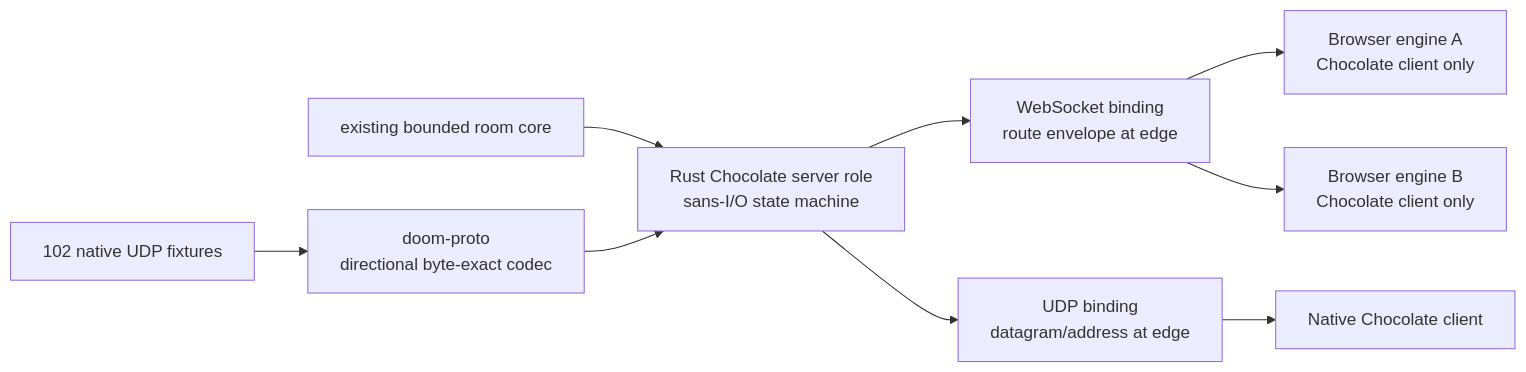
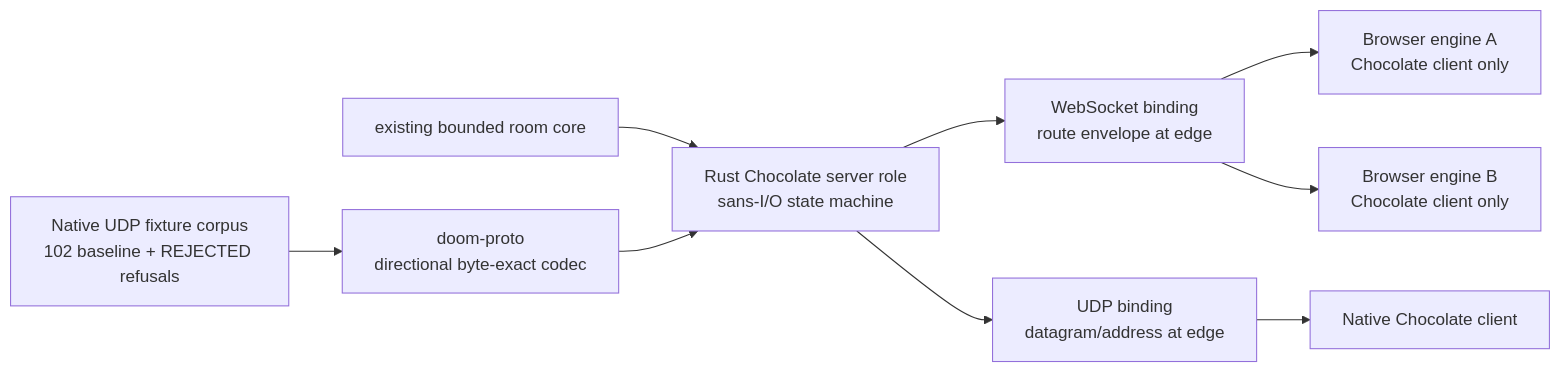
One commit to fiorix/chan-ext-doom changed the diagram in roadmap/m2-rust-server-role.md. Above: the diagram before and after it, drawn with Mermaid. The commit also changed other lines of this file, not shown here.

Commit message:
docs(roadmap): require observed rejection evidence

````diff
--- a/roadmap/m2-rust-server-role.md
+++ b/roadmap/m2-rust-server-role.md
@@ -11,11 +11,11 @@
 ```mermaid
 flowchart LR
-    fixtures["102 native UDP fixtures"] --> codec["doom-proto<br/>directional byte-exact codec"]
+    fixtures["Native UDP fixture corpus<br/>102 baseline + REJECTED refusals"] --> codec["doom-proto<br/>directional byte-exact codec"]
     room["existing bounded room core"] --> state["Rust Chocolate server role<br/>sans-I/O state machine"]
     codec --> state
     state --> ws["WebSocket binding<br/>route envelope at edge"]
     state --> udp["UDP binding<br/>datagram/address at edge"]
     ws --> browser_a["Browser engine A<br/>Chocolate client only"]
     ws --> browser_b["Browser engine B<br/>Chocolate client only"]
     udp --> native["Native Chocolate client"]
 ```
````
